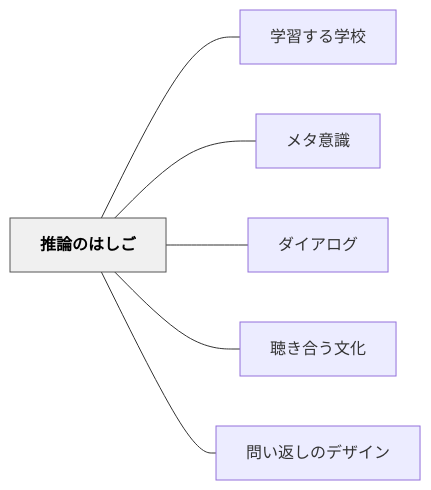
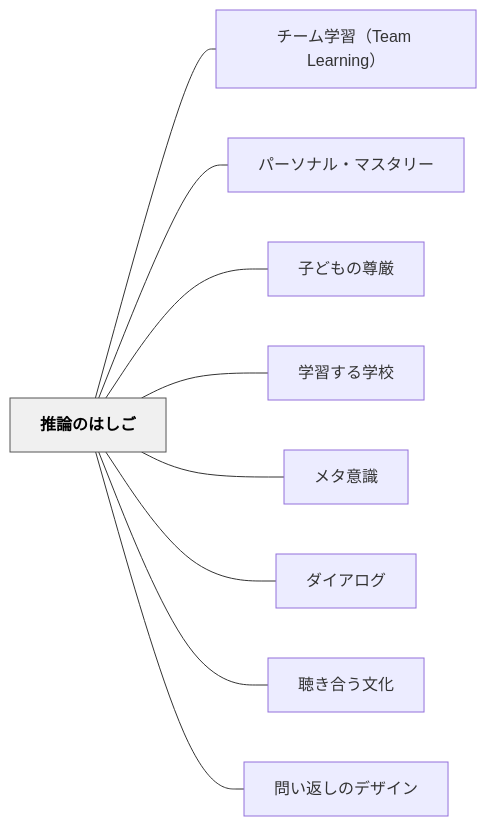
One commit to unknownthings-ed-patterns/unknownthings-ed-patterns changed the diagram in content/パタン/推論のはしご.md. Above: the diagram before and after it, drawn with Mermaid. The commit also changed other lines of this file and 473 other files, not shown here.

````diff
--- a/content/パタン/推論のはしご.md
+++ b/content/パタン/推論のはしご.md
@@ -103,18 +106,24 @@
 ```mermaid
 flowchart LR
     ne68ea8e8ab96["推論のはしご"]
+    ne38381e383bc["チーム学習（Team Learning）"]
+    ne38391e383bc["パーソナル・マスタリー"]
+    ne5ad90e381a9["子どもの尊厳"]
     ne5ada6e7bf92["学習する学校"]
     ne383a1e382bf["メタ意識"]
     ne38380e382a4["ダイアログ"]
     ne881b4e3818d["聴き合う文化"]
     ne5958fe38184["問い返しのデザイン"]
 
+    ne68ea8e8ab96 --- ne38381e383bc
+    ne68ea8e8ab96 --- ne38391e383bc
+    ne68ea8e8ab96 --- ne5ad90e381a9
     ne68ea8e8ab96 --- ne5ada6e7bf92
     ne68ea8e8ab96 --- ne383a1e382bf
     ne68ea8e8ab96 --- ne38380e382a4
     ne68ea8e8ab96 --- ne881b4e3818d
     ne68ea8e8ab96 --- ne5958fe38184
 
     classDef hub fill:#f0f0f0,stroke:#555,color:#000,font-weight:bold
     class ne68ea8e8ab96 hub
 ```
````
